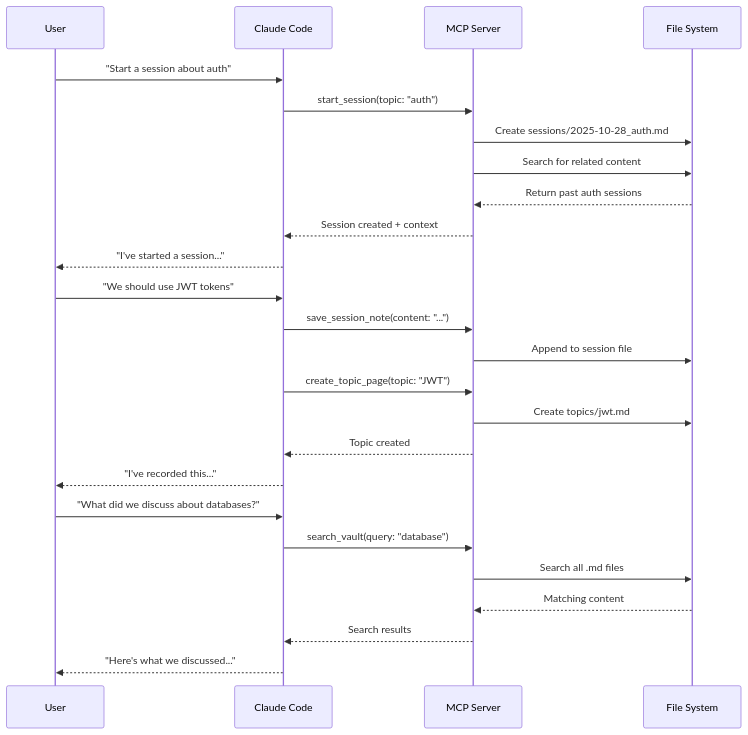
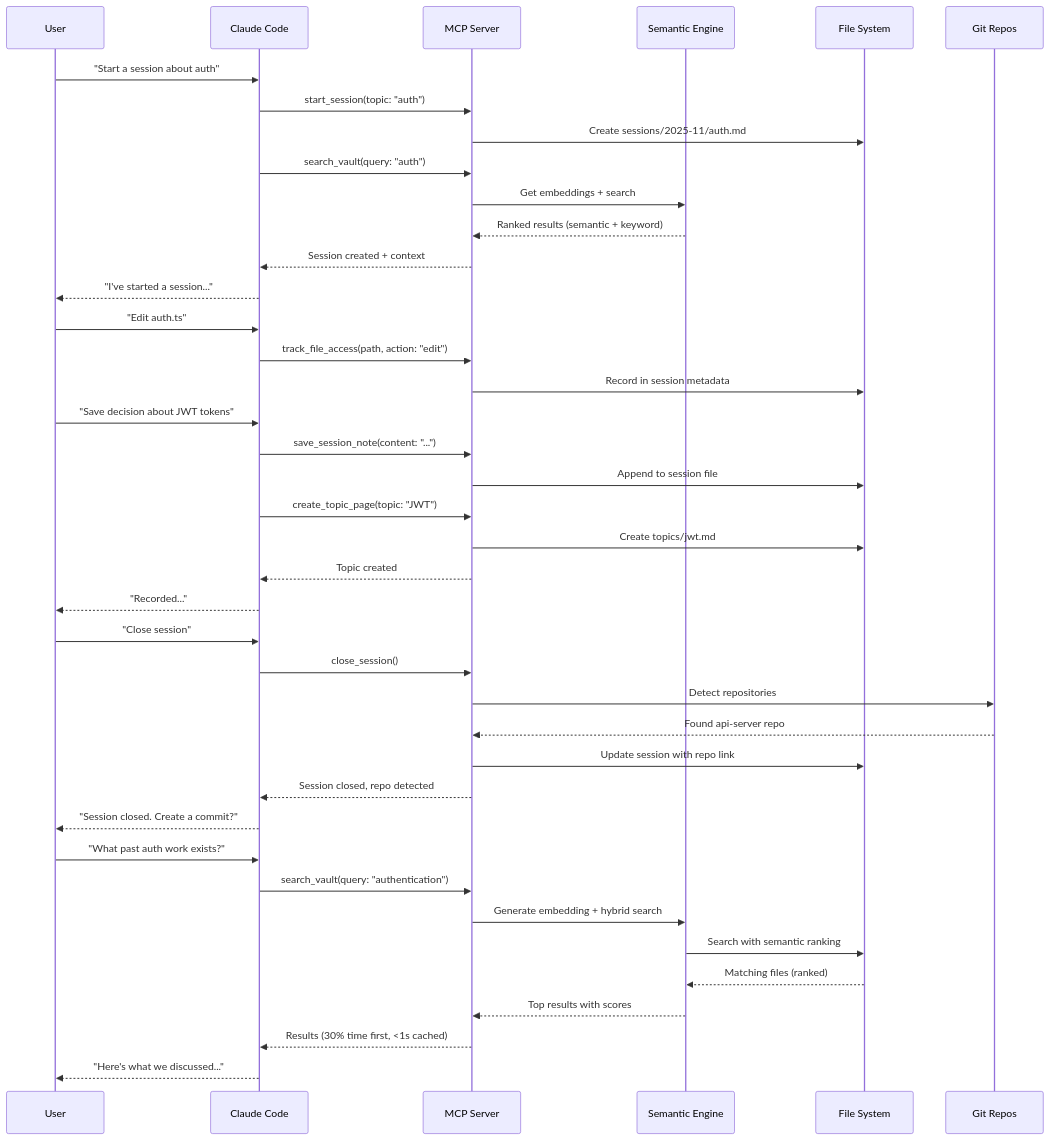
One commit to jsedwick/obsidian-mcp-server changed the second of 5 diagrams in ARCHITECTURE.md. Above: the diagram before and after it, drawn with Mermaid. The commit also changed other lines of this file and 1 other file, not shown here.

First line of the commit message:
docs: Update ARCHITECTURE and QUICKSTART with Git integration and semantic search

````diff
--- a/ARCHITECTURE.md
+++ b/ARCHITECTURE.md
@@ -71,30 +108,47 @@
 ```mermaid
 sequenceDiagram
     participant User
     participant Claude as Claude Code
     participant MCP as MCP Server
+    participant SE as Semantic Engine
     participant FS as File System
-    
+    participant Git as Git Repos
+
     User->>Claude: "Start a session about auth"
     Claude->>MCP: start_session(topic: "auth")
-    MCP->>FS: Create sessions/2025-10-28_auth.md
-    MCP->>FS: Search for related content
-    FS-->>MCP: Return past auth sessions
+    MCP->>FS: Create sessions/2025-11/auth.md
+    Claude->>MCP: search_vault(query: "auth")
+    MCP->>SE: Get embeddings + search
+    SE-->>MCP: Ranked results (semantic + keyword)
     MCP-->>Claude: Session created + context
     Claude-->>User: "I've started a session..."
-    
-    User->>Claude: "We should use JWT tokens"
+
+    User->>Claude: "Edit auth.ts"
+    Claude->>MCP: track_file_access(path, action: "edit")
+    MCP->>FS: Record in session metadata
+
+    User->>Claude: "Save decision about JWT tokens"
     Claude->>MCP: save_session_note(content: "...")
     MCP->>FS: Append to session file
     Claude->>MCP: create_topic_page(topic: "JWT")
     MCP->>FS: Create topics/jwt.md
     MCP-->>Claude: Topic created
-    Claude-->>User: "I've recorded this..."
-    
-    User->>Claude: "What did we discuss about databases?"
-    Claude->>MCP: search_vault(query: "database")
-    MCP->>FS: Search all .md files
-    FS-->>MCP: Matching content
-    MCP-->>Claude: Search results
+    Claude-->>User: "Recorded..."
+
+    User->>Claude: "Close session"
+    Claude->>MCP: close_session()
+    MCP->>Git: Detect repositories
+    Git-->>MCP: Found api-server repo
+    MCP->>FS: Update session with repo link
+    MCP-->>Claude: Session closed, repo detected
+    Claude-->>User: "Session closed. Create a commit?"
+
+    User->>Claude: "What past auth work exists?"
+    Claude->>MCP: search_vault(query: "authentication")
+    MCP->>SE: Generate embedding + hybrid search
+    SE->>FS: Search with semantic ranking
+    FS-->>SE: Matching files (ranked)
+    SE-->>MCP: Top results with scores
+    MCP-->>Claude: Results (30% time first, <1s cached)
     Claude-->>User: "Here's what we discussed..."
 ```
````
